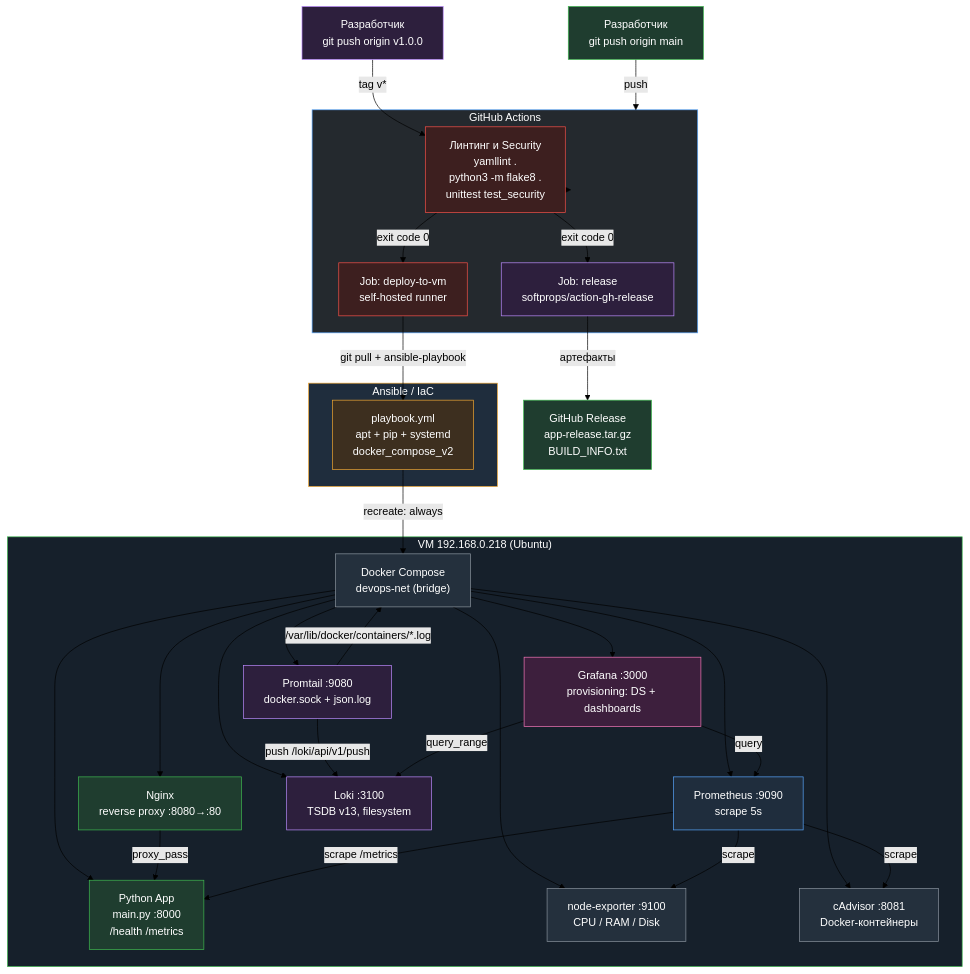
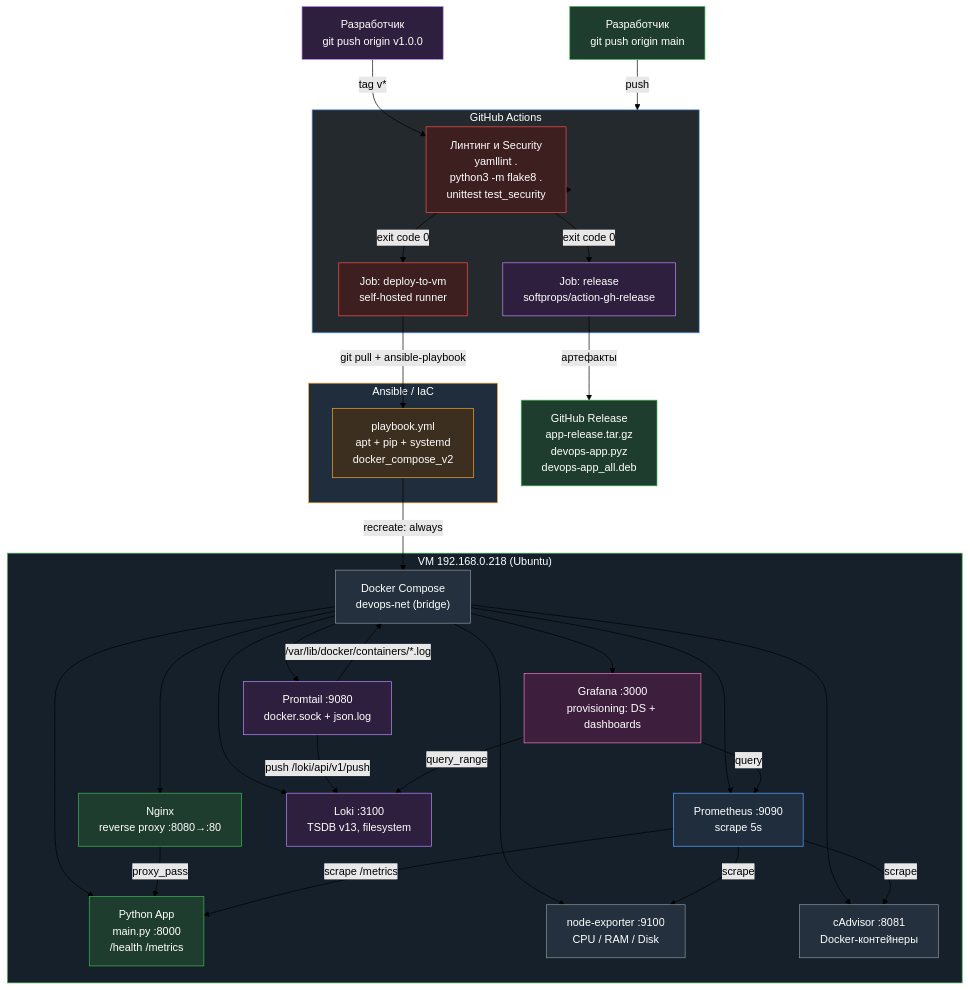
One commit to Pieaceton/first-devops-project changed the first of 3 diagrams in README.md. Above: the diagram before and after it, drawn with Mermaid (forest theme). The commit also changed other lines of this file and 5 other files, not shown here.

Commit message:
Build three release formats (tar.gz, zipapp, deb) and publish them in GitHub Releases

````diff
--- a/README.md
+++ b/README.md
@@ -12,77 +12,77 @@
 ```mermaid
 graph TD
     DEV[Разработчик<br/>git push origin main]
     TAG[Разработчик<br/>git push origin v1.0.0]
 
     subgraph GHA["GitHub Actions"]
         LINT["Линтинг и Security<br/>yamllint .<br/>python3 -m flake8 .<br/>unittest test_security"]
         DEPLOY["Job: deploy-to-vm<br/>self-hosted runner"]
         RELEASE["Job: release<br/>softprops/action-gh-release"]
     end
 
     subgraph ANS["Ansible / IaC"]
         PLAY["playbook.yml<br/>apt + pip + systemd<br/>docker_compose_v2"]
     end
 
     subgraph VM["VM 192.168.0.218 (Ubuntu)"]
         DC["Docker Compose<br/>devops-net (bridge)"]
 
         NGINX["Nginx<br/>reverse proxy :8080→:80"]
         APP["Python App<br/>main.py :8000<br/>/health /metrics"]
 
         PROM["Prometheus :9090<br/>scrape 5s"]
         NODE["node-exporter :9100<br/>CPU / RAM / Disk"]
         CAD["cAdvisor :8081<br/>Docker-контейнеры"]
 
         LOKI["Loki :3100<br/>TSDB v13, filesystem"]
         PROMTAIL["Promtail :9080<br/>docker.sock + json.log"]
         GRAF["Grafana :3000<br/>provisioning: DS + dashboards"]
     end
 
     DEV -->|push| GHA
     TAG -->|tag v*| LINT
     GHA --> LINT
     LINT -->|exit code 0| DEPLOY
     LINT -->|exit code 0| RELEASE
-    RELEASE -->|артефакты| REL["GitHub Release<br/>app-release.tar.gz<br/>BUILD_INFO.txt"]
+    RELEASE -->|артефакты| REL["GitHub Release<br/>app-release.tar.gz<br/>devops-app.pyz<br/>devops-app_all.deb"]
     DEPLOY -->|git pull + ansible-playbook| PLAY
     PLAY -->|recreate: always| DC
 
     DC --> NGINX
     DC --> APP
     DC --> PROM
     DC --> NODE
     DC --> CAD
     DC --> LOKI
     DC --> PROMTAIL
     DC --> GRAF
 
     NGINX -->|proxy_pass| APP
     PROM -->|scrape /metrics| APP
     PROM -->|scrape| NODE
     PROM -->|scrape| CAD
     PROMTAIL -->|push /loki/api/v1/push| LOKI
     PROMTAIL -->|/var/lib/docker/containers/*.log| DC
     GRAF -->|query| PROM
     GRAF -->|query_range| LOKI
 
     style GHA fill:#24292e,stroke:#58a6ff,color:#ffffff
     style ANS fill:#1f2d3d,stroke:#f0a732,color:#ffffff
     style VM fill:#16202b,stroke:#3fb950,color:#ffffff
     style LINT fill:#3d1f1f,stroke:#f85149,color:#ffffff
     style DEPLOY fill:#3d1f1f,stroke:#f85149,color:#ffffff
     style RELEASE fill:#2d1f3d,stroke:#bc8cff,color:#ffffff
     style REL fill:#1f3d2f,stroke:#3fb950,color:#ffffff
     style PLAY fill:#3d2f1f,stroke:#f0a732,color:#ffffff
     style APP fill:#1f3d2f,stroke:#3fb950,color:#ffffff
     style NGINX fill:#1f3d2f,stroke:#3fb950,color:#ffffff
     style PROM fill:#1f2d3d,stroke:#58a6ff,color:#ffffff
     style LOKI fill:#2d1f3d,stroke:#bc8cff,color:#ffffff
     style PROMTAIL fill:#2d1f3d,stroke:#bc8cff,color:#ffffff
     style GRAF fill:#3d1f3d,stroke:#f778ba,color:#ffffff
     style NODE fill:#24303d,stroke:#8b949e,color:#ffffff
     style CAD fill:#24303d,stroke:#8b949e,color:#ffffff
     style DC fill:#24303d,stroke:#8b949e,color:#ffffff
     style DEV fill:#1f3d2f,stroke:#3fb950,color:#ffffff
     style TAG fill:#2d1f3d,stroke:#bc8cff,color:#ffffff
 ```
````
